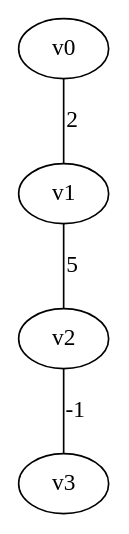
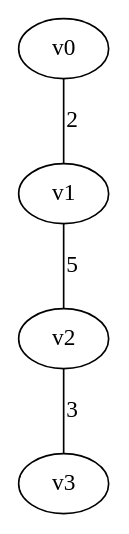
The diagram in outputs/gn4_dfs_2.dot (japie1235813/Algo_PA3), drawn with Graphviz before and after one commit. The commit also changed 92 other files, not shown here.

```diff
--- a/outputs/gn4_dfs_2.dot
+++ b/outputs/gn4_dfs_2.dot
@@ -1,5 +1,10 @@
 graph gn4_dfs {
 v0 -- v1 [label = "2"];
 v1 -- v2 [label = "5"];
-v2 -- v3 [label = "-1"];
+v2 -- v3 [label = "3"];
 }
+// vertices = 4
+// edges = 3
+// total_weight = 10
+// runtime = 0sec
+// memory = 11.8789MB
```
